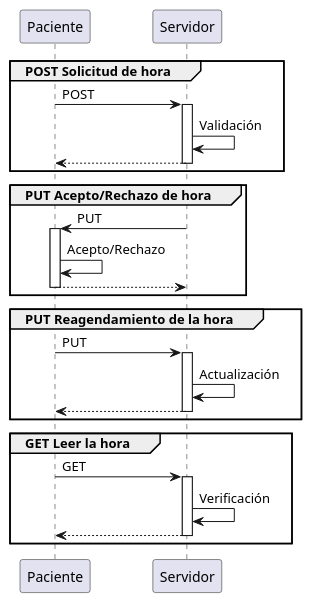
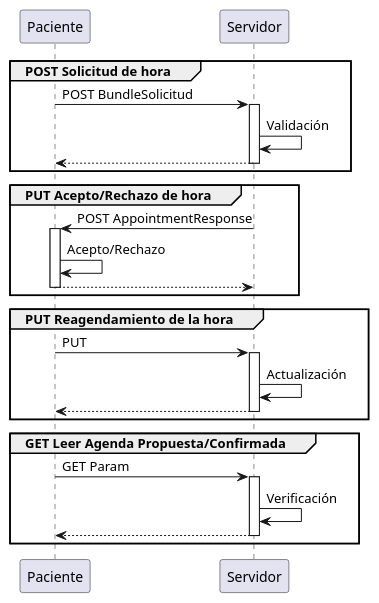
The diagram in input/images-source/secuencia1.plantuml (cens-chile/agenda), drawn with PlantUML before and after one commit. The commit also changed 11 other files, not shown here.

```diff
--- a/input/images-source/secuencia1.plantuml
+++ b/input/images-source/secuencia1.plantuml
@@ -1,31 +1,31 @@
 @startuml
 
 group POST Solicitud de hora
-Paciente -> Servidor : POST
+Paciente -> Servidor : POST BundleSolicitud
 activate Servidor
 Servidor -> Servidor : Validación
 return 
 end
 
 group PUT Acepto/Rechazo de hora
-Servidor -> Paciente : PUT
+Servidor -> Paciente : POST AppointmentResponse
 activate Paciente
 Paciente -> Paciente : Acepto/Rechazo
 return 
 end
 
 group PUT Reagendamiento de la hora
 Paciente -> Servidor : PUT 
 activate Servidor
 Servidor -> Servidor : Actualización
 return
 end
 
-group GET Leer la hora
-Paciente -> Servidor : GET 
+group GET Leer Agenda Propuesta/Confirmada
+Paciente -> Servidor : GET Param
 activate Servidor
 Servidor -> Servidor : Verificación
 return 
 end
 
 @enduml
```
